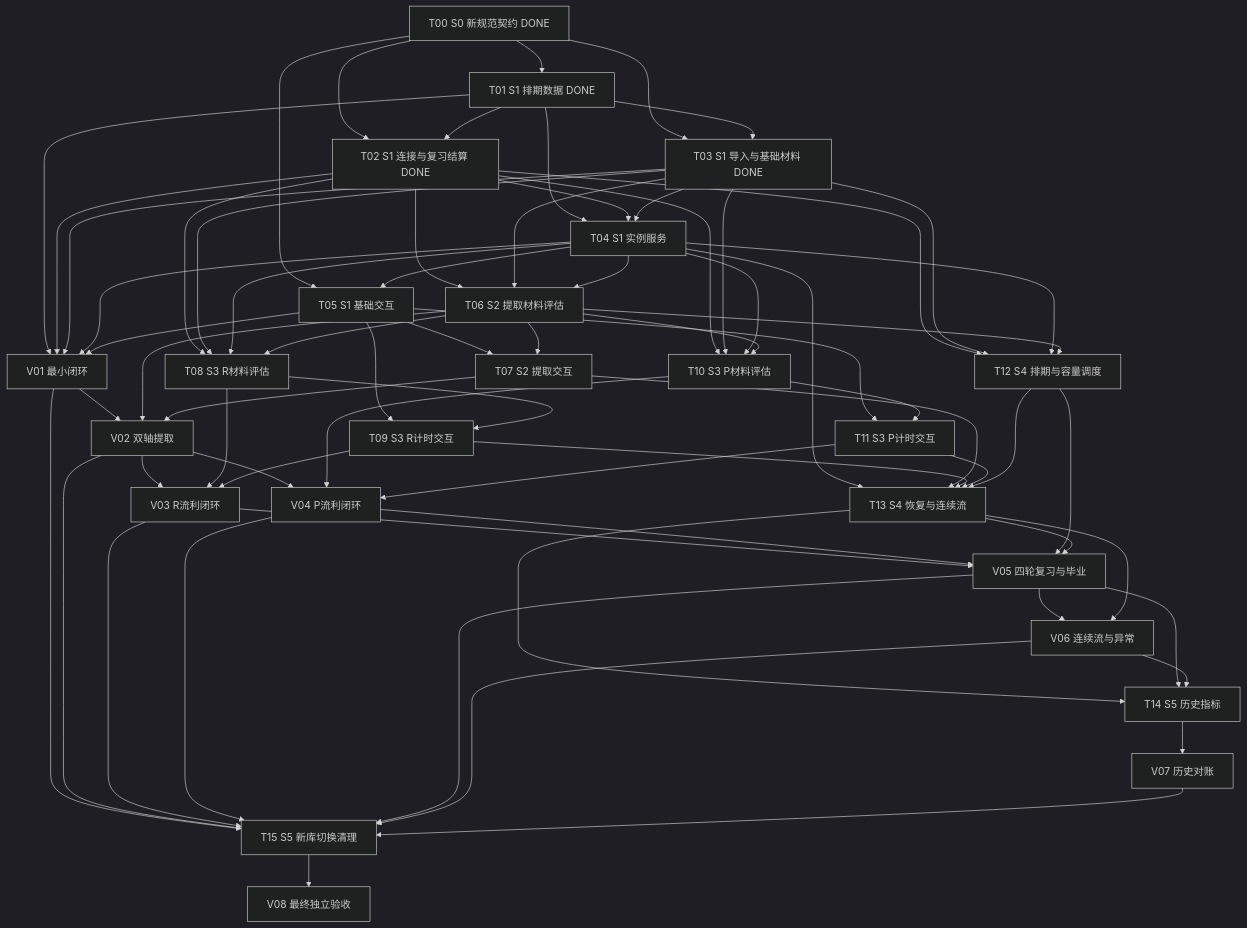
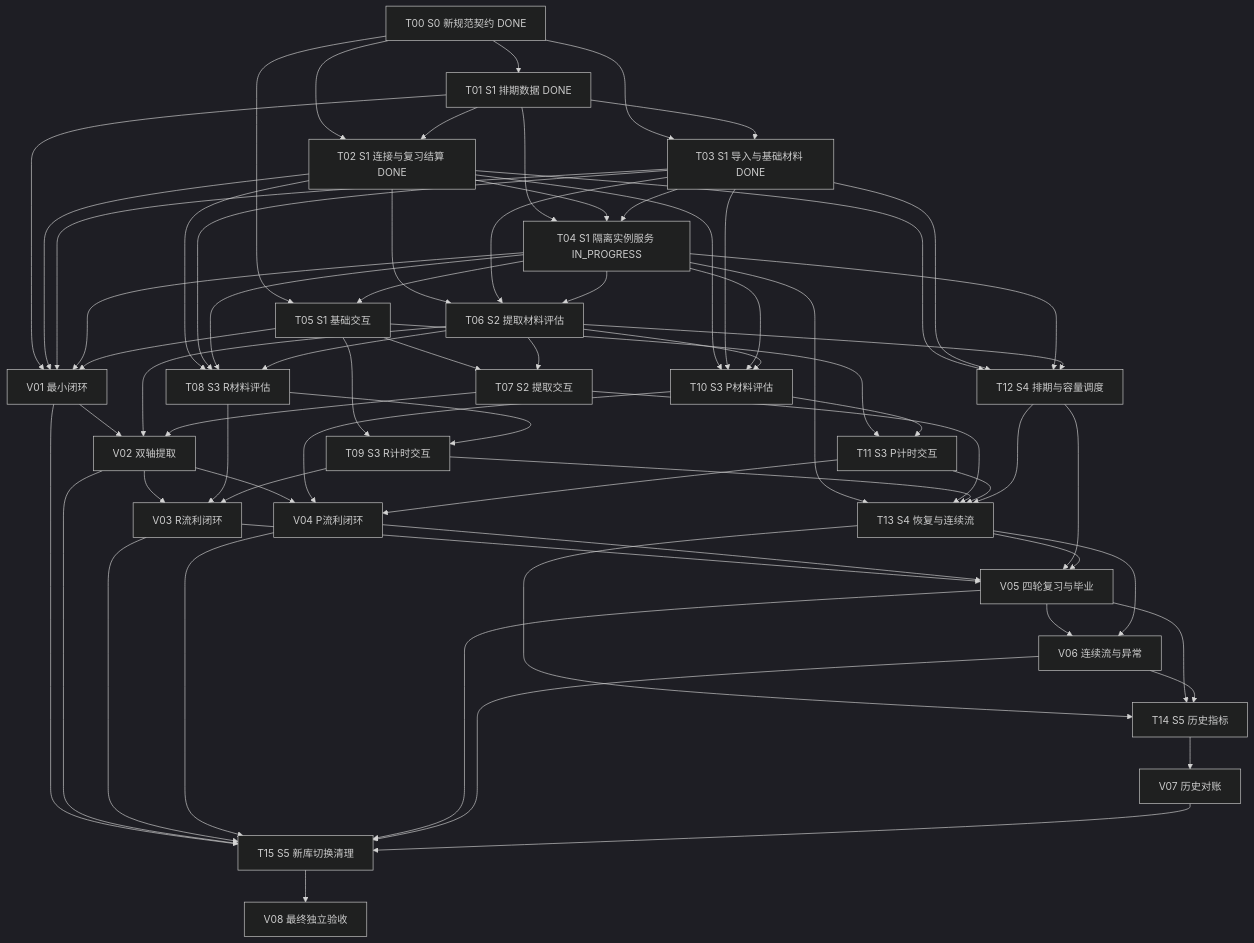
The diagram in docs/task-implementation-new-algorithm.md (logact/flow), drawn with Mermaid (dark theme) before and after one commit. The commit also changed other lines of this file and 1 other file, not shown here.

```diff
--- a/docs/task-implementation-new-algorithm.md
+++ b/docs/task-implementation-new-algorithm.md
@@ -331,7 +332,7 @@
   T01["T01 S1 排期数据 DONE"]
   T02["T02 S1 连接与复习结算 DONE"]
   T03["T03 S1 导入与基础材料 DONE"]
-  T04["T04 S1 实例服务"]
+  T04["T04 S1 隔离实例服务 IN_PROGRESS"]
   T05["T05 S1 基础交互"]
   V01["V01 最小闭环"]
   T06["T06 S2 提取材料评估"]
```
